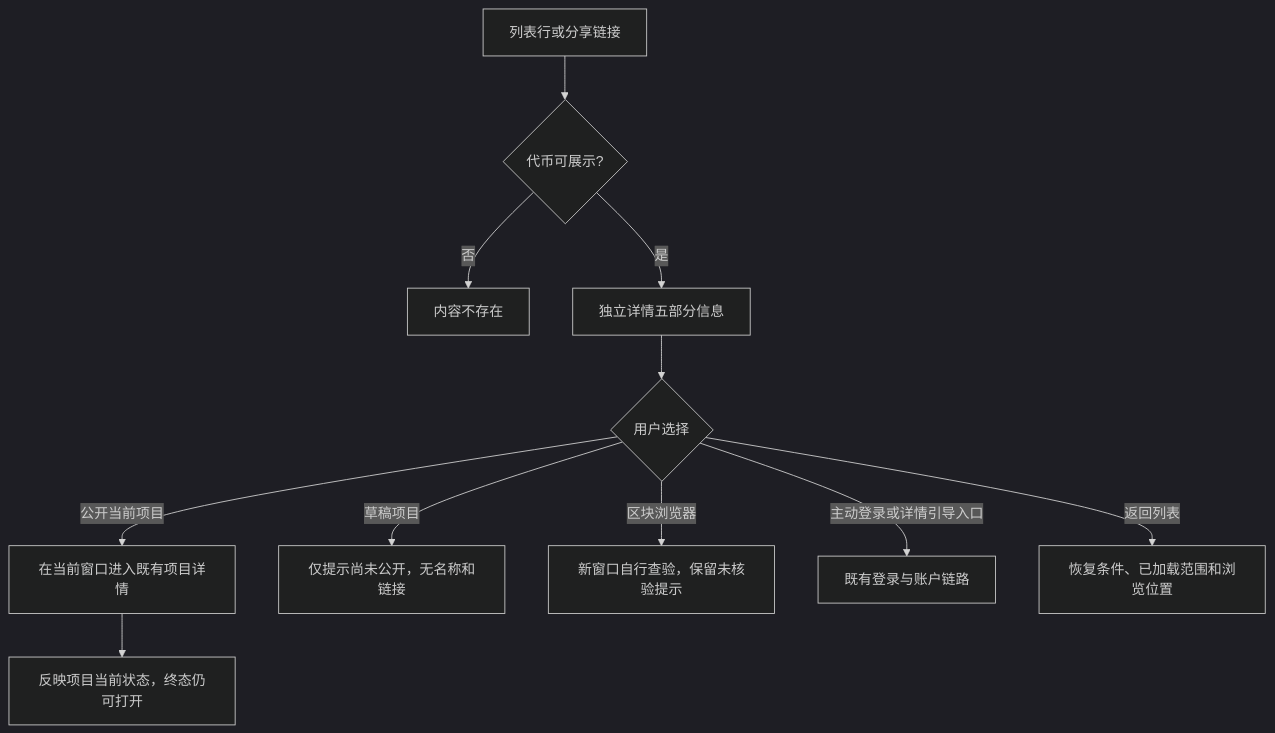
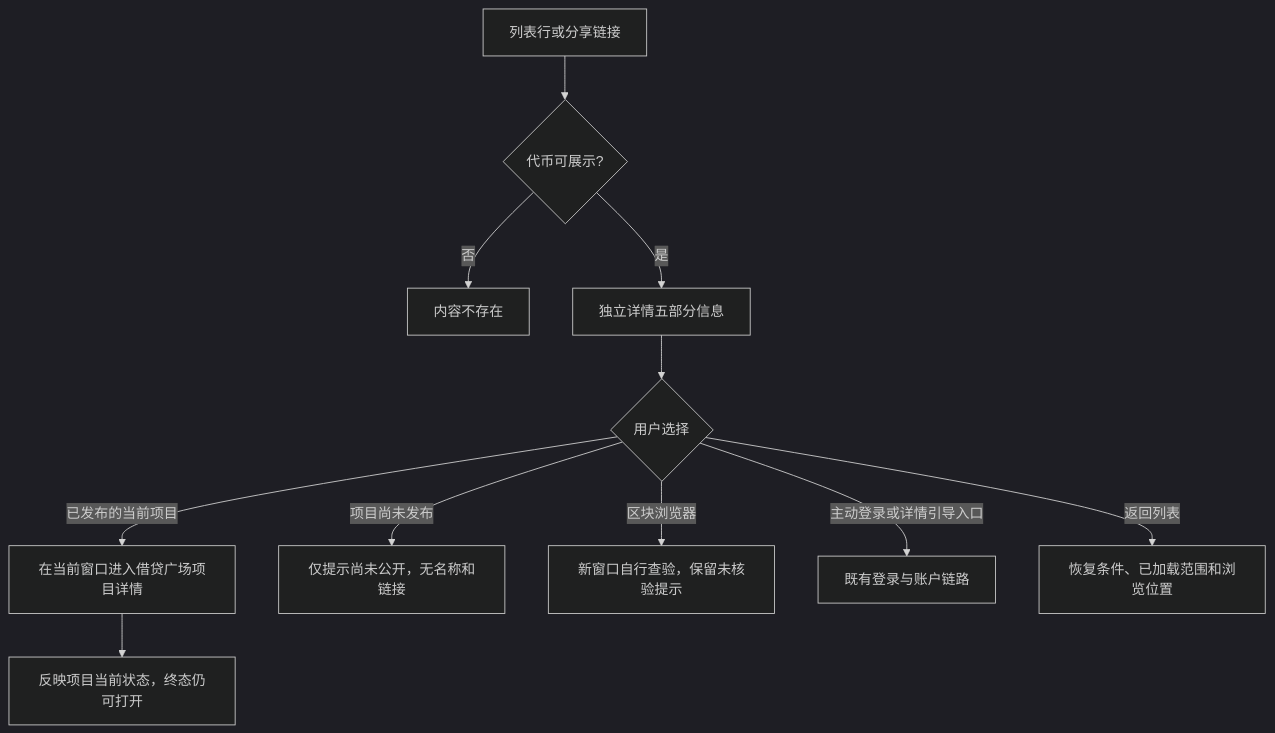
The second of 6 diagrams in lending-platform/PRD/面客端/04-资产广场-已上架代币只读域/02-资产广场-流程图与状态机.md (wxblockchain/Chain-Financing), drawn with Mermaid (dark theme) before and after one commit. The commit also changed other lines of this file and 3 other files, not shown here.

````diff
--- a/lending-platform/PRD/面客端/04-资产广场-已上架代币只读域/02-资产广场-流程图与状态机.md
+++ b/lending-platform/PRD/面客端/04-资产广场-已上架代币只读域/02-资产广场-流程图与状态机.md
@@ -35,13 +35,13 @@
 ```mermaid
 flowchart TD
   A[列表行或分享链接] --> B{代币可展示?}
   B -->|否| C[内容不存在]
   B -->|是| D[独立详情五部分信息]
   D --> E{用户选择}
-  E -->|公开当前项目| F[在当前窗口进入既有项目详情]
+  E -->|已发布的当前项目| F[在当前窗口进入借贷广场项目详情]
   F --> G[反映项目当前状态，终态仍可打开]
-  E -->|草稿项目| H[仅提示尚未公开，无名称和链接]
+  E -->|项目尚未发布| H[仅提示尚未公开，无名称和链接]
   E -->|区块浏览器| I[新窗口自行查验，保留未核验提示]
   E -->|主动登录或详情引导入口| J[既有登录与账户链路]
   E -->|返回列表| K[恢复条件、已加载范围和浏览位置]
 ```
````
